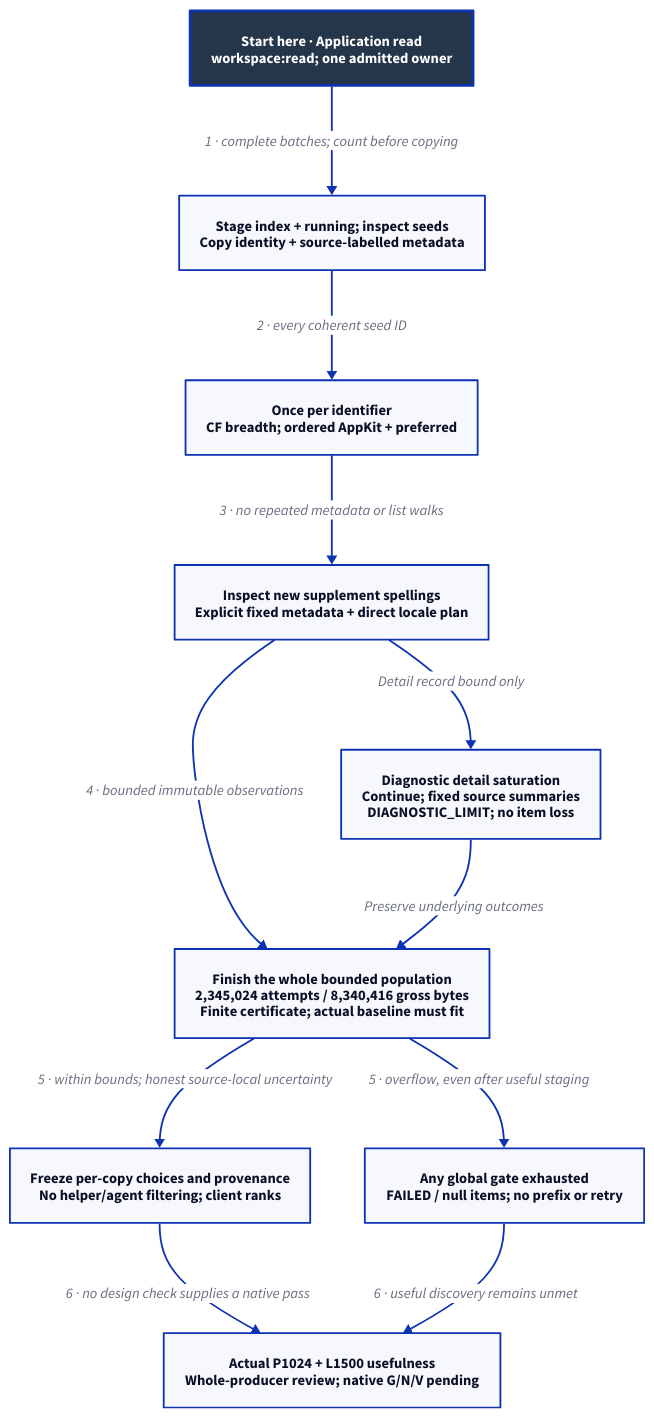
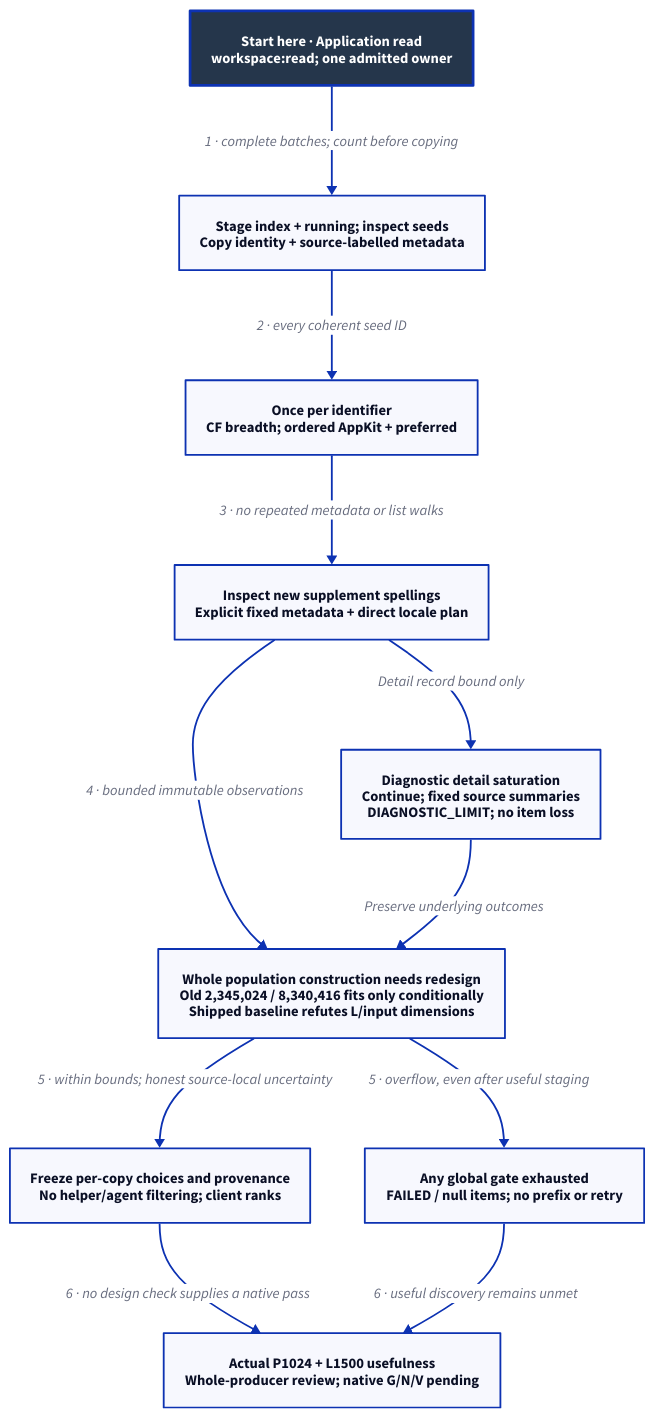
Before and after one commit to Linkuistics/Koine: the diagram in docs/design/architecture/native-application-population.d2, drawn with D2. The commit also changed 116 other files, not shown here.

Commit message:
Integrate application metadata review and require baseline redesign (application-localized-metadata-k214)

```diff
--- a/docs/design/architecture/native-application-population.d2
+++ b/docs/design/architecture/native-application-population.d2
@@ -1,24 +1,24 @@
 # Application component/activity view; proposed, no native qualification.
 direction: down
 classes: {
   start: {style: {fill: "#25364B"; font-color: "#FFFFFF"; bold: true; stroke-width: 3}}
 }
 Start: "Start here · Application read\nworkspace:read; one admitted owner" {class: start}
 Sources: "Stage index + running; inspect seeds\nCopy identity + source-labelled metadata"
 Registration: "Once per identifier\nCF breadth; ordered AppKit + preferred"
 Inspect: "Inspect new supplement spellings\nExplicit fixed metadata + direct locale plan"
-Finish: "Finish the whole bounded population\n2,345,024 attempts / 8,340,416 gross bytes\nFinite certificate; actual baseline must fit"
+Finish: "Whole population construction needs redesign\nOld 2,345,024 / 8,340,416 fits only conditionally\nShipped baseline refutes L/input dimensions"
 Failure: "Any global gate exhausted\nFAILED / null items; no prefix or retry"
 Diagnostic: "Diagnostic detail saturation\nContinue; fixed source summaries\nDIAGNOSTIC_LIMIT; no item loss"
 Publish: "Freeze per-copy choices and provenance\nNo helper/agent filtering; client ranks"
 Qualification: "Actual P1024 + L1500 usefulness\nWhole-producer review; native G/N/V pending"
 Start -> Sources: "1 · complete batches; count before copying"
 Sources -> Registration: "2 · every coherent seed ID"
 Registration -> Inspect: "3 · no repeated metadata or list walks"
 Inspect -> Finish: "4 · bounded immutable observations"
 Finish -> Failure: "5 · overflow, even after useful staging"
 Finish -> Publish: "5 · within bounds; honest source-local uncertainty"
 Inspect -> Diagnostic: "Detail record bound only"
 Diagnostic -> Finish: "Preserve underlying outcomes"
 Publish -> Qualification: "6 · no design check supplies a native pass"
 Failure -> Qualification: "6 · useful discovery remains unmet"
```
